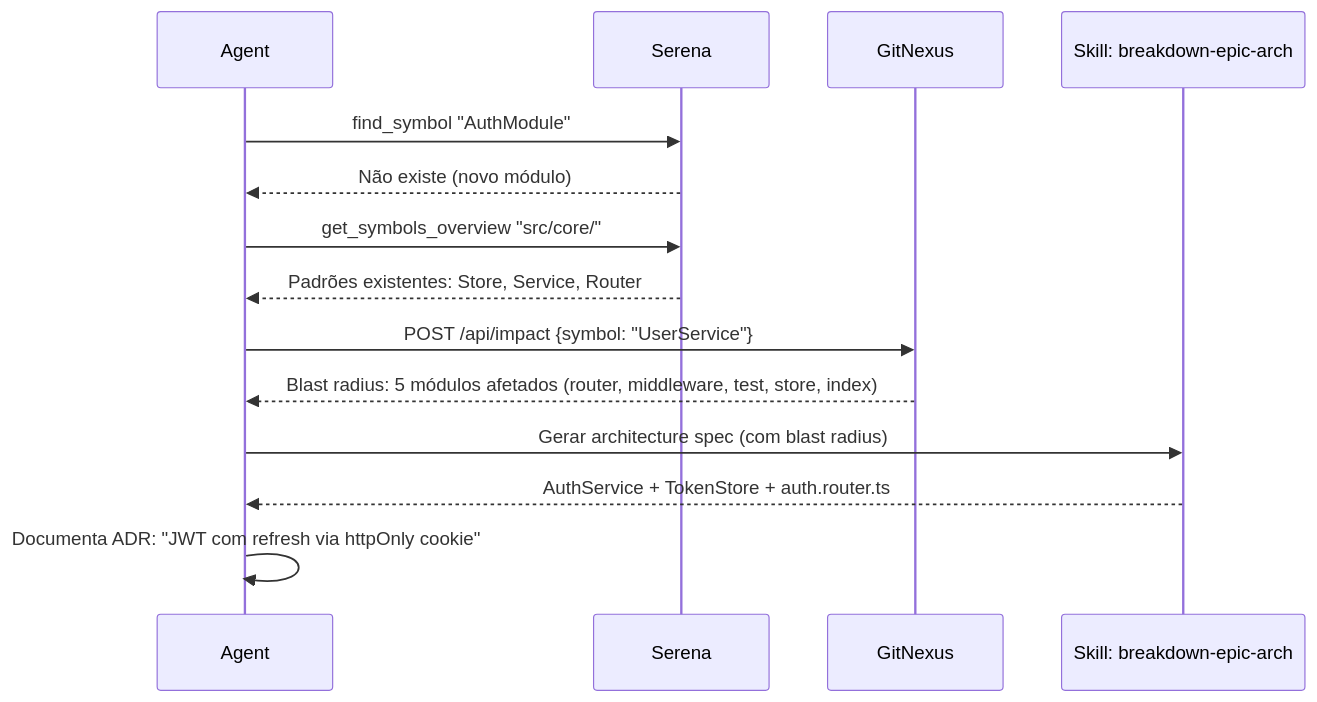
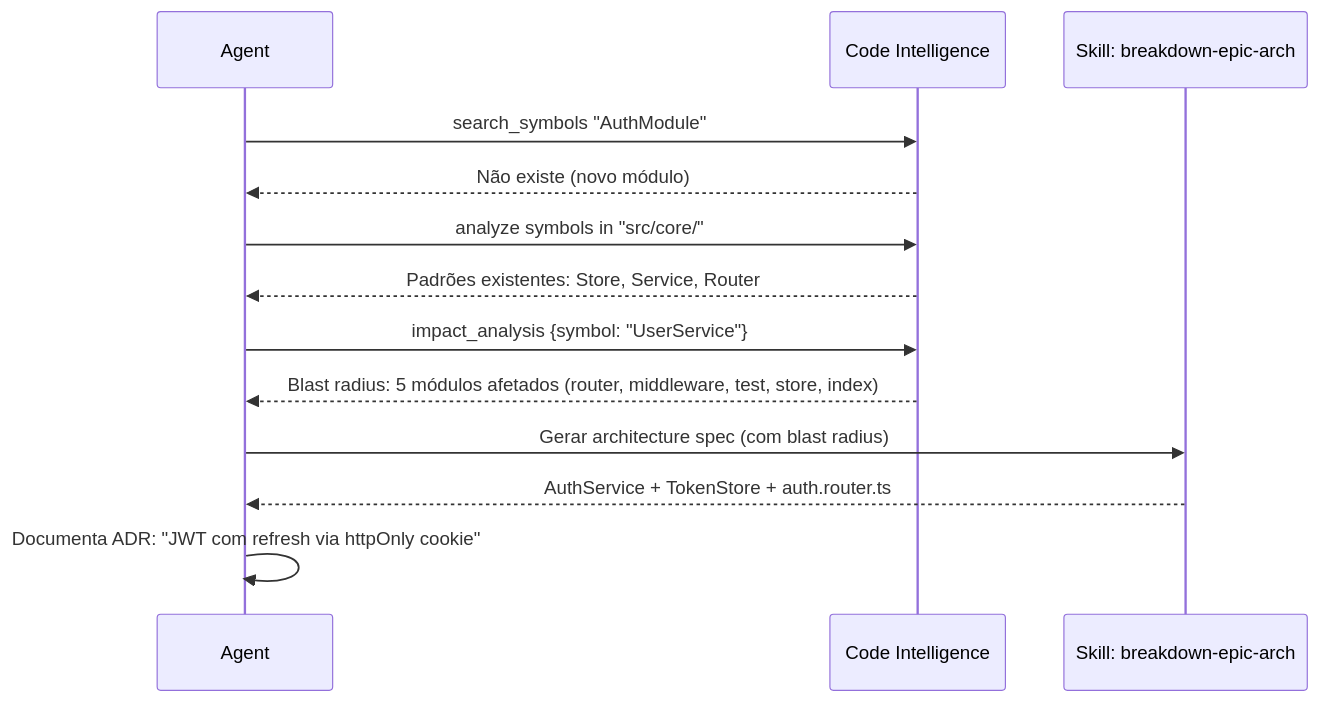
One commit to sraphaz/mcp-graph-workflow changed the sixth of 19 diagrams in docs/LIFECYCLE.md. Above: the diagram before and after it, drawn with Mermaid. The commit also changed other lines of this file and 17 other files, not shown here.

````diff
--- a/docs/LIFECYCLE.md
+++ b/docs/LIFECYCLE.md
@@ -208,17 +206,16 @@
 ```mermaid
 sequenceDiagram
     participant A as Agent
-    participant Serena as Serena
-    participant GN as GitNexus
+    participant CI as Code Intelligence
     participant Skill as Skill: breakdown-epic-arch
 
-    A->>Serena: find_symbol "AuthModule"
-    Serena-->>A: Não existe (novo módulo)
-    A->>Serena: get_symbols_overview "src/core/"
-    Serena-->>A: Padrões existentes: Store, Service, Router
-    A->>GN: POST /api/impact {symbol: "UserService"}
-    GN-->>A: Blast radius: 5 módulos afetados (router, middleware, test, store, index)
+    A->>CI: search_symbols "AuthModule"
+    CI-->>A: Não existe (novo módulo)
+    A->>CI: analyze symbols in "src/core/"
+    CI-->>A: Padrões existentes: Store, Service, Router
+    A->>CI: impact_analysis {symbol: "UserService"}
+    CI-->>A: Blast radius: 5 módulos afetados (router, middleware, test, store, index)
     A->>Skill: Gerar architecture spec (com blast radius)
     Skill-->>A: AuthService + TokenStore + auth.router.ts
     A->>A: Documenta ADR: "JWT com refresh via httpOnly cookie"
 ```
````
